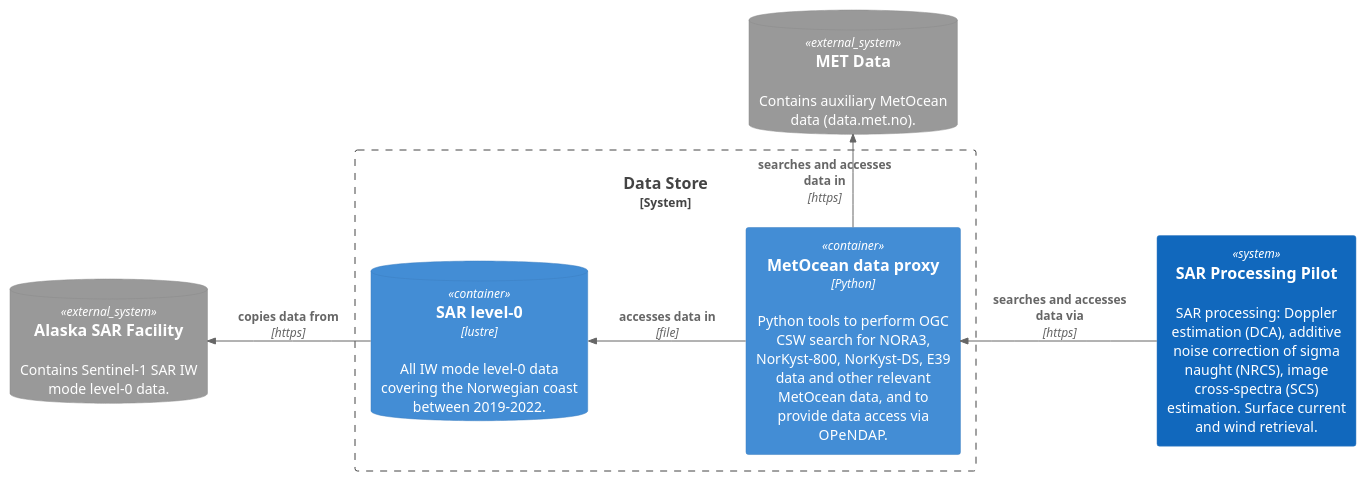
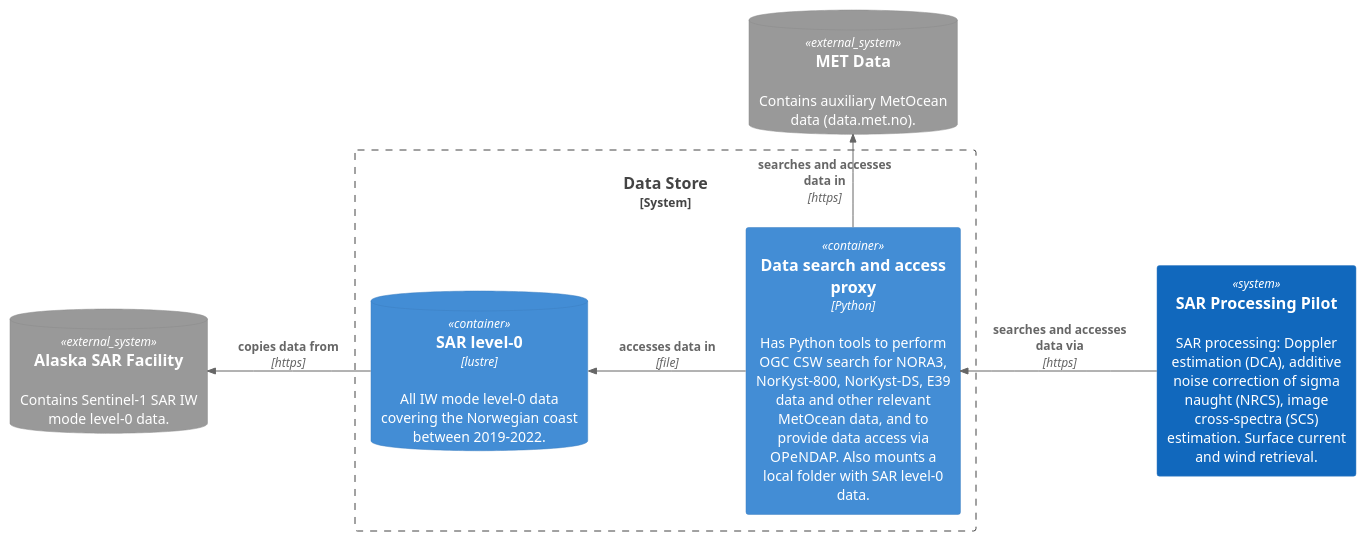
One commit to metno/esa-coscaw-architecture changed the diagram in puml/data-store-container-diagram.puml. Above: the diagram before and after it, drawn with PlantUML. The commit also changed 5 other files, not shown here.

Commit message:
consistence between diagrams

```diff
--- a/puml/data-store-container-diagram.puml
+++ b/puml/data-store-container-diagram.puml
@@ -1,24 +1,24 @@
 @startuml data-store-container-diagram
 !include https://raw.githubusercontent.com/plantuml-stdlib/C4-PlantUML/master/C4_Container.puml
 
 'LAYOUT_TOP_DOWN()
 LAYOUT_LEFT_RIGHT()
 
 SystemDb_Ext(MET_data, "MET Data", "Contains auxiliary MetOcean data (data.met.no).")
 SystemDb_Ext(asf, "Alaska SAR Facility", "Contains Sentinel-1 SAR IW mode level-0 data.")
 
 System(sarproc, "SAR Processing Pilot", "SAR processing: Doppler estimation (DCA), additive noise correction of sigma naught (NRCS), image cross-spectra (SCS) estimation. Surface current and wind retrieval.")
 
 System_Boundary(data, "Data Store"){
 
   ContainerDb(sar_level0, "SAR level-0", "lustre", "All IW mode level-0 data covering the Norwegian coast between 2019-2022.")
-  Container(auxdata, "MetOcean data proxy", "Python", "Python tools to perform OGC CSW search for NORA3, NorKyst-800, NorKyst-DS, E39 data and other relevant MetOcean data, and to provide data access via OPeNDAP.")
+  Container(auxdata, "Data search and access proxy", "Python", "Has Python tools to perform OGC CSW search for NORA3, NorKyst-800, NorKyst-DS, E39 data and other relevant MetOcean data, and to provide data access via OPeNDAP. Also mounts a local folder with SAR level-0 data.")
 
 }
 
 Rel_U(auxdata, sar_level0, "accesses data in", "file")
 Rel_U(sarproc, auxdata, "searches and accesses data via", "https")
 Rel_U(sar_level0, asf, "copies data from", "https")
 Rel_R(auxdata, MET_data, "searches and accesses data in", "https")
 
 @enduml
```
